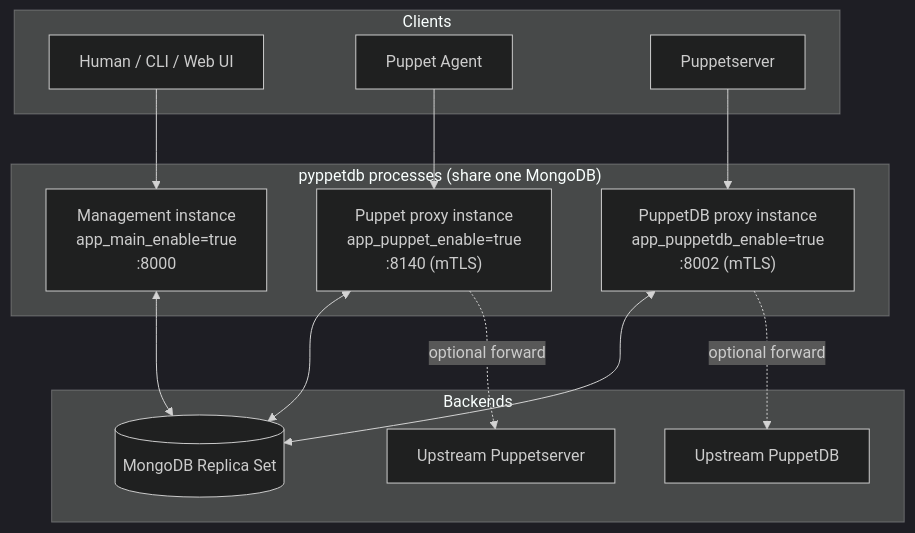
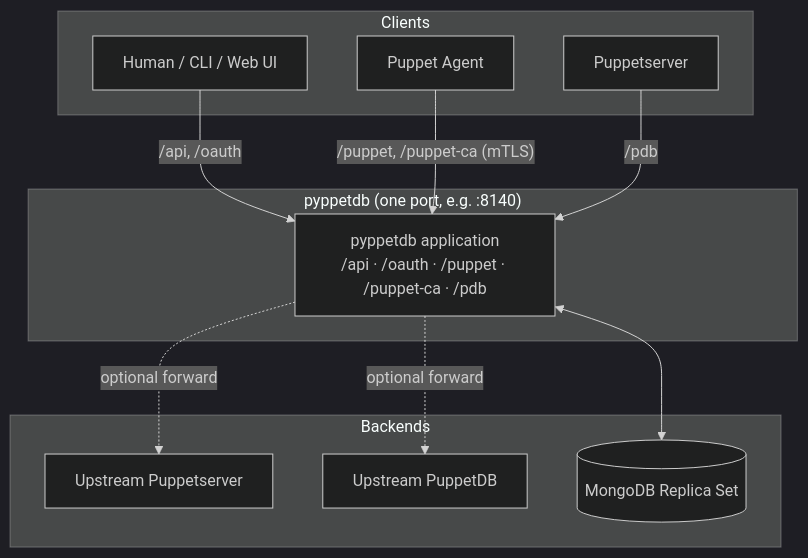
The first of 4 diagrams in docs/architecture.md (schlitzered/pyppetdb), drawn with Mermaid (dark theme) before and after one commit. The commit also changed other lines of this file and 4 other files, not shown here.

````diff
--- a/docs/architecture.md
+++ b/docs/architecture.md
@@ -26,27 +26,25 @@
 ```mermaid
 graph TD
     subgraph "Clients"
         User[Human / CLI / Web UI]
         Agent[Puppet Agent]
         PS[Puppetserver]
     end
 
-    subgraph "pyppetdb processes (share one MongoDB)"
-        MGMT["Management instance<br/>app_main_enable=true<br/>:8000"]
-        PUP["Puppet proxy instance<br/>app_puppet_enable=true<br/>:8140 (mTLS)"]
-        PDB["PuppetDB proxy instance<br/>app_puppetdb_enable=true<br/>:8002 (mTLS)"]
+    subgraph "pyppetdb (one port, e.g. :8140)"
+        PP["pyppetdb application<br/>/api · /oauth · /puppet · /puppet-ca · /pdb"]
     end
 
     subgraph "Backends"
         UPS_PS[Upstream Puppetserver]
         UPS_PDB[Upstream PuppetDB]
         DB[(MongoDB Replica Set)]
     end
 
-    User --> MGMT
-    Agent --> PUP
-    PS --> PDB
-    PUP -. optional forward .-> UPS_PS
-    PDB -. optional forward .-> UPS_PDB
-    MGMT & PUP & PDB <--> DB
+    User -- "/api, /oauth" --> PP
+    Agent -- "/puppet, /puppet-ca (mTLS)" --> PP
+    PS -- "/pdb" --> PP
+    PP -. optional forward .-> UPS_PS
+    PP -. optional forward .-> UPS_PDB
+    PP <--> DB
 ```
````
